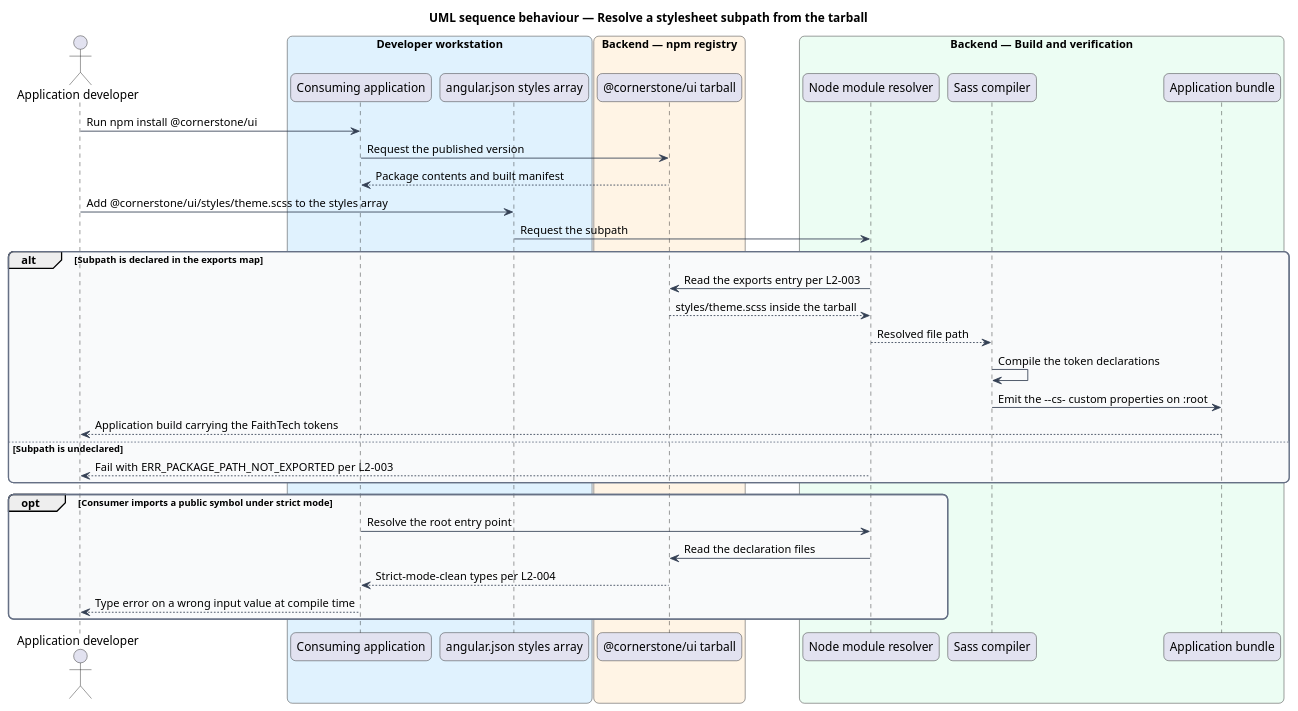
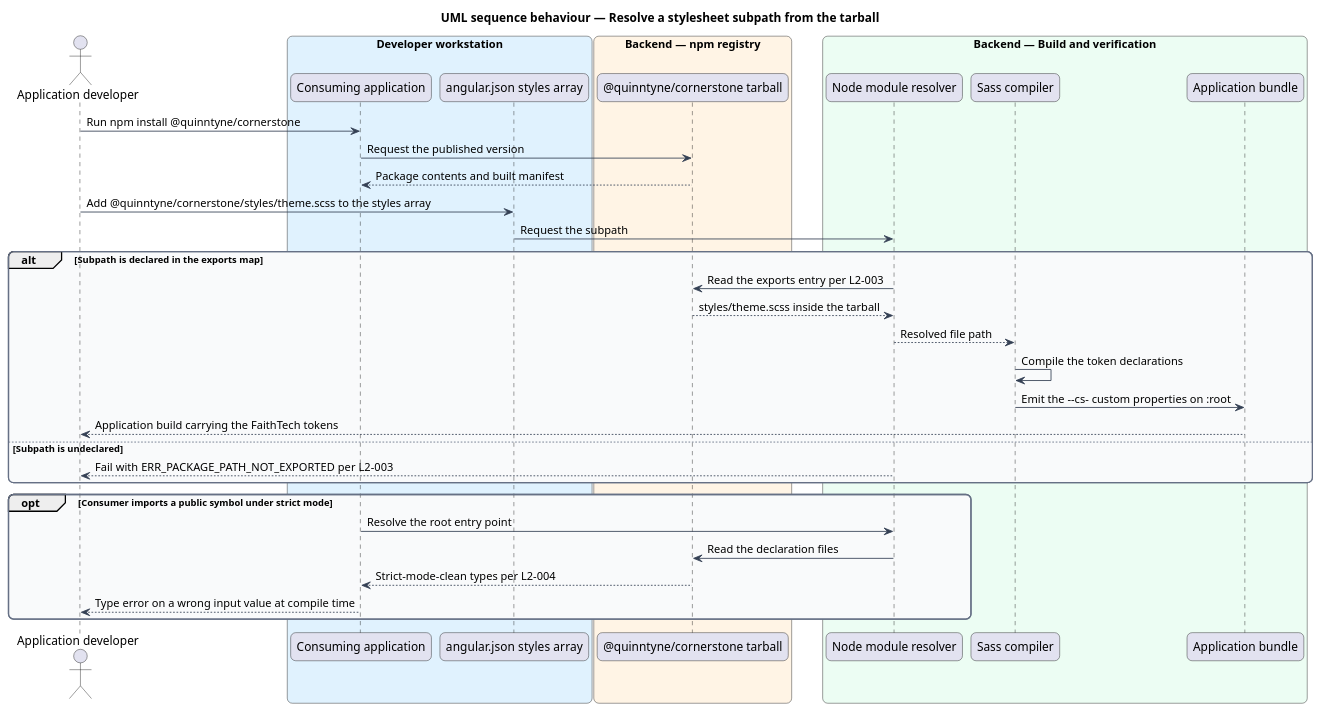
Before and after one commit to QuinntyneBrown/Cornerstone: the diagram in docs/detailed-designs/delivery/build-the-package/diagrams/sequence-resolve-style-subpath.puml, drawn with PlantUML. The commit also changed 125 other files, not shown here.

```diff
--- a/docs/detailed-designs/delivery/build-the-package/diagrams/sequence-resolve-style-subpath.puml
+++ b/docs/detailed-designs/delivery/build-the-package/diagrams/sequence-resolve-style-subpath.puml
@@ -1,54 +1,54 @@
 @startuml
 title UML sequence behaviour — Resolve a stylesheet subpath from the tarball
 skinparam backgroundColor #FFFFFF
 skinparam shadowing false
 skinparam roundcorner 12
 skinparam defaultFontName Arial
 skinparam ArrowColor #344054
 skinparam rectangle {
   BorderColor #344054
   FontColor #101828
 }
 skinparam package {
   BorderColor #667085
   FontColor #101828
   BackgroundColor #F9FAFB
 }
 actor "Application developer" as dev
 box "Developer workstation" #E0F2FE
   participant "Consuming application" as app
   participant "angular.json styles array" as anglejson
 end box
 box "Backend — npm registry" #FFF4E5
-  participant "@cornerstone/ui tarball" as tarball
+  participant "@quinntyne/cornerstone tarball" as tarball
 end box
 box "Backend — Build and verification" #ECFDF3
   participant "Node module resolver" as resolver
   participant "Sass compiler" as sass
   participant "Application bundle" as bundle
 end box
 
-dev -> app : Run npm install @cornerstone/ui
+dev -> app : Run npm install @quinntyne/cornerstone
 app -> tarball : Request the published version
 tarball --> app : Package contents and built manifest
-dev -> anglejson : Add @cornerstone/ui/styles/theme.scss to the styles array
+dev -> anglejson : Add @quinntyne/cornerstone/styles/theme.scss to the styles array
 anglejson -> resolver : Request the subpath
 
 alt Subpath is declared in the exports map
   resolver -> tarball : Read the exports entry per L2-003
   tarball --> resolver : styles/theme.scss inside the tarball
   resolver --> sass : Resolved file path
   sass -> sass : Compile the token declarations
   sass -> bundle : Emit the --cs- custom properties on :root
   bundle --> dev : Application build carrying the FaithTech tokens
 else Subpath is undeclared
   resolver --> dev : Fail with ERR_PACKAGE_PATH_NOT_EXPORTED per L2-003
 end
 
 opt Consumer imports a public symbol under strict mode
   app -> resolver : Resolve the root entry point
   resolver -> tarball : Read the declaration files
   tarball --> app : Strict-mode-clean types per L2-004
   app --> dev : Type error on a wrong input value at compile time
 end
 @enduml
```
